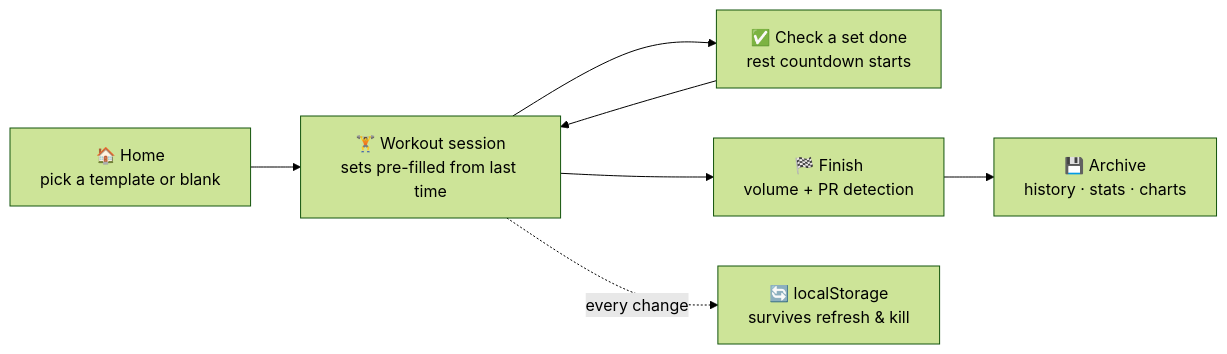
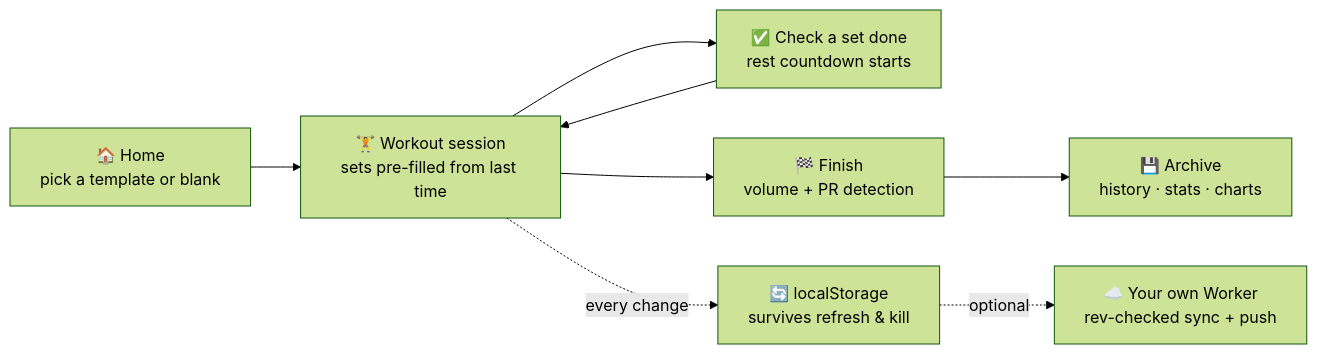
The diagram in README.md (Mocas-12/gym-gym), drawn with Mermaid (forest theme) before and after one commit. The commit also changed other lines of this file and 1 other file, not shown here.

````diff
--- a/README.md
+++ b/README.md
@@ -75,9 +81,10 @@
 ```mermaid
 flowchart LR
     A[🏠 Home<br/>pick a template or blank] --> B[🏋️ Workout session<br/>sets pre-filled from last time]
     B --> C[✅ Check a set done<br/>rest countdown starts]
     C --> B
     B --> D[🏁 Finish<br/>volume + PR detection]
     D --> E[💾 Archive<br/>history · stats · charts]
     B -.every change.-> F[🔄 localStorage<br/>survives refresh & kill]
+    F -.optional.-> G[☁️ Your own Worker<br/>rev-checked sync + push]
 ```
````
